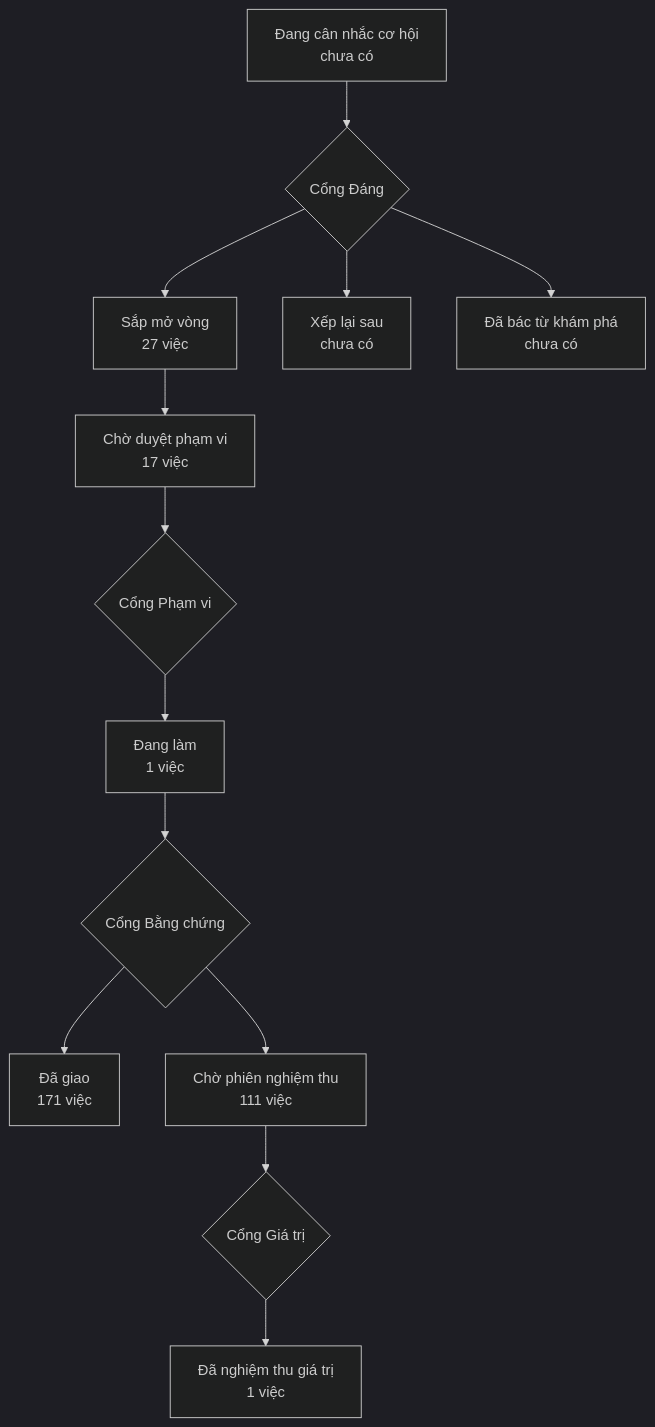
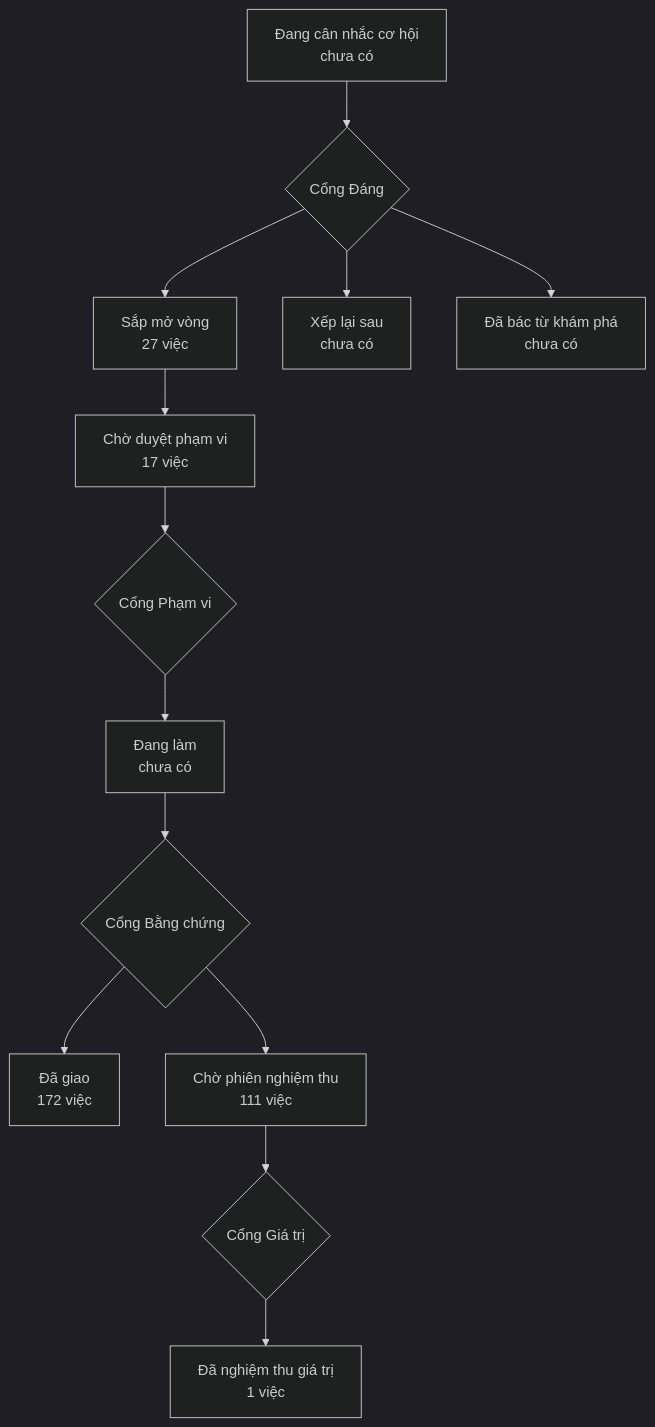
One commit to phanlemanh/onehub-invest changed the diagram in PRODUCT-MAP.md. Above: the diagram before and after it, drawn with Mermaid (dark theme). The commit also changed other lines of this file and 4 other files, not shown here.

````diff
--- a/PRODUCT-MAP.md
+++ b/PRODUCT-MAP.md
@@ -7,12 +7,12 @@
 ```mermaid
 flowchart TD
   A["Đang cân nhắc cơ hội<br/>chưa có"] --> GD{"Cổng Đáng"}
   GD --> B["Sắp mở vòng<br/>27 việc"]
   GD --> XL["Xếp lại sau<br/>chưa có"]
   GD --> DB["Đã bác từ khám phá<br/>chưa có"]
   B --> CD["Chờ duyệt phạm vi<br/>17 việc"] --> GP{"Cổng Phạm vi"}
-  GP --> DL["Đang làm<br/>1 việc"] --> GB{"Cổng Bằng chứng"}
-  GB --> DG["Đã giao<br/>171 việc"]
+  GP --> DL["Đang làm<br/>chưa có"] --> GB{"Cổng Bằng chứng"}
+  GB --> DG["Đã giao<br/>172 việc"]
   GB --> CN["Chờ phiên nghiệm thu<br/>111 việc"] --> GG{"Cổng Giá trị"}
   GG --> NT["Đã nghiệm thu giá trị<br/>1 việc"]
 ```
````
